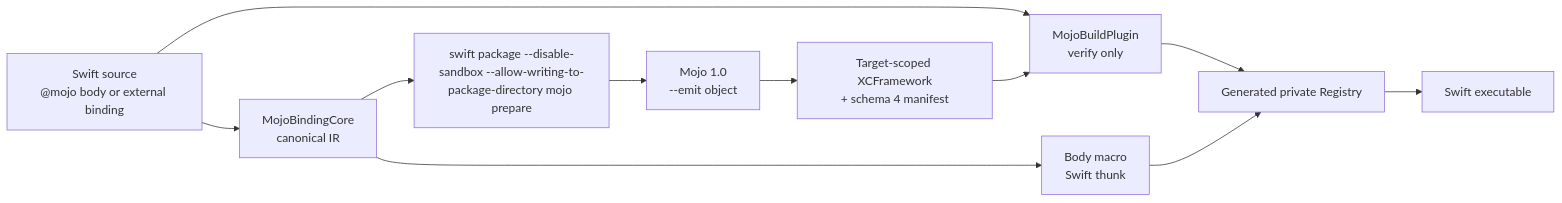
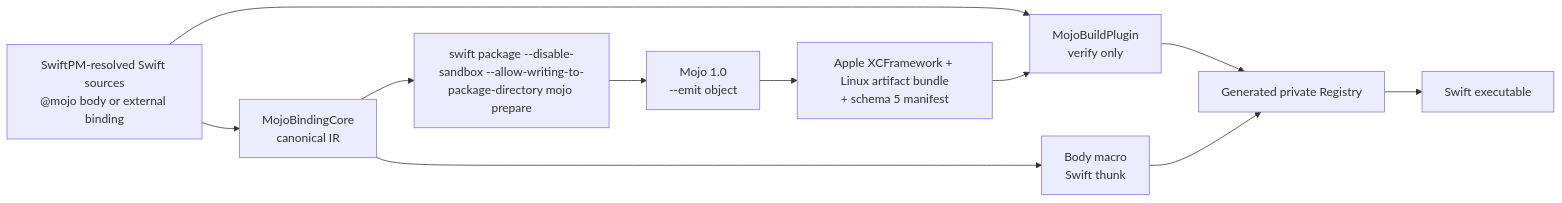
The second of 4 diagrams in README.md (1amageek/swift-mojo), drawn with Mermaid before and after one commit. The commit also changed other lines of this file and 96 other files, not shown here.

````diff
--- a/README.md
+++ b/README.md
@@ -219,13 +318,13 @@
 ```mermaid
 flowchart LR
-    S["Swift source<br/>@mojo body or external binding"] --> IR["MojoBindingCore<br/>canonical IR"]
+    S["SwiftPM-resolved Swift sources<br/>@mojo body or external binding"] --> IR["MojoBindingCore<br/>canonical IR"]
     IR --> M["Body macro<br/>Swift thunk"]
     IR --> P["swift package --disable-sandbox --allow-writing-to-package-directory mojo prepare"]
     P --> C["Mojo 1.0<br/>--emit object"]
-    C --> X["Target-scoped XCFramework<br/>+ schema 4 manifest"]
+    C --> X["Apple XCFramework + Linux artifact bundle<br/>+ schema 5 manifest"]
     S --> V["MojoBuildPlugin<br/>verify only"]
     X --> V
     V --> R["Generated private Registry"]
     M --> R
     R --> E["Swift executable"]
 ```
````
